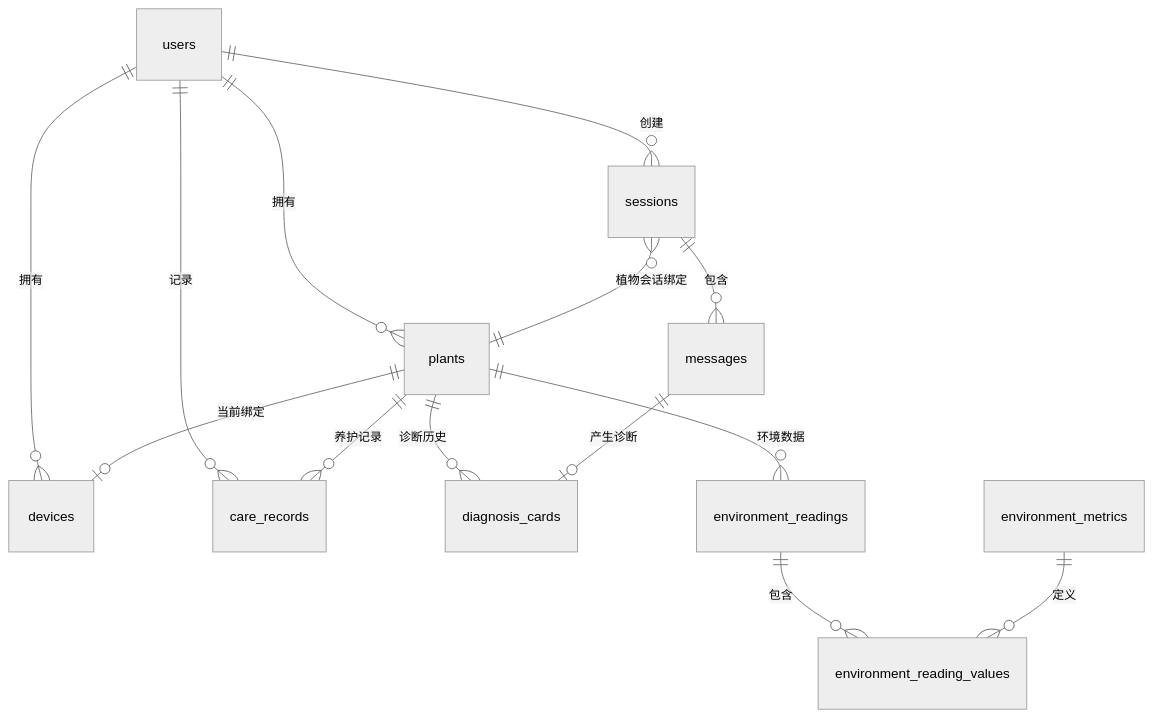
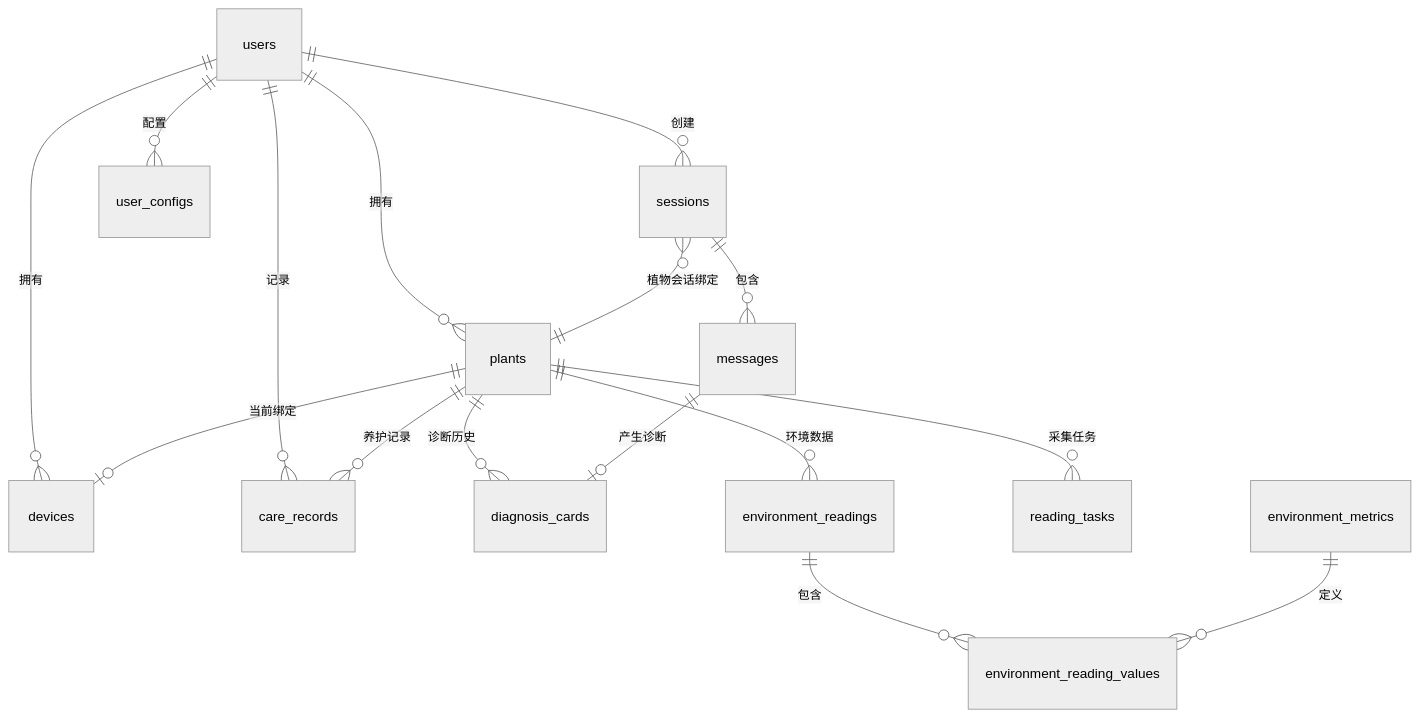
The fifth of 7 diagrams in docs/02-architecture/系统架构设计.md (ShatterDusk/smart-garden-mvp), drawn with Mermaid (neutral theme) before and after one commit. The commit also changed other lines of this file and 5 other files, not shown here.

````diff
--- a/docs/02-architecture/系统架构设计.md
+++ b/docs/02-architecture/系统架构设计.md
@@ -495,20 +626,22 @@
 ```mermaid
 erDiagram
     users ||--o{ plants : "拥有"
     users ||--o{ sessions : "创建"
     users ||--o{ devices : "拥有"
     users ||--o{ care_records : "记录"
+    users ||--o{ user_configs : "配置"
     
     plants ||--o{ diagnosis_cards : "诊断历史"
     plants ||--o{ environment_readings : "环境数据"
     plants ||--o{ care_records : "养护记录"
+    plants ||--o{ reading_tasks : "采集任务"
     plants ||--o| devices : "当前绑定"
     
     sessions ||--o{ messages : "包含"
     sessions }o--|| plants : "植物会话绑定"
     
     messages ||--o| diagnosis_cards : "产生诊断"
     
     environment_readings ||--o{ environment_reading_values : "包含"
     environment_metrics ||--o{ environment_reading_values : "定义"
 ```
````
